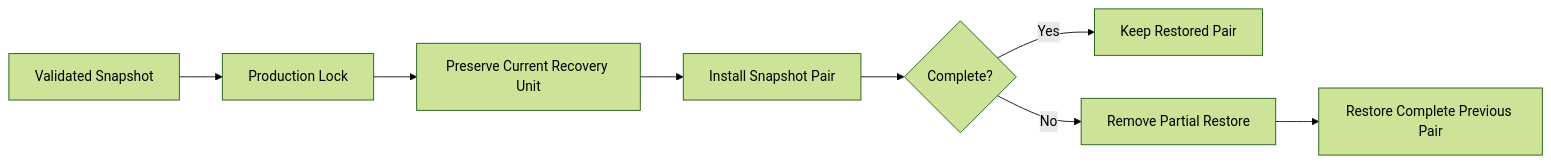
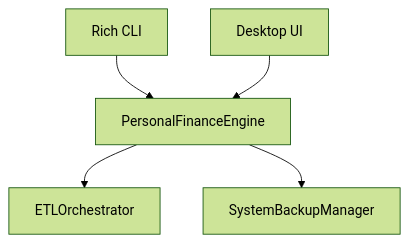
Diagram 13 of 20 in README.md (tks18/personal-finance-etl), drawn with Mermaid (forest theme) before and after one commit. The commit also changed other lines of this file, not shown here.

````diff
--- a/README.md
+++ b/README.md
@@ -987,10 +580,7 @@
 ```mermaid
-flowchart LR
-    ZIP["Validated Snapshot"] --> LOCK["Production Lock"]
-    LOCK --> OLD["Preserve Current Recovery Unit"]
-    OLD --> NEW["Install Snapshot Pair"]
-    NEW --> OK{"Complete?"}
-    OK -->|"Yes"| KEEP["Keep Restored Pair"]
-    OK -->|"No"| ROLL["Remove Partial Restore"]
-    ROLL --> BACK["Restore Complete Previous Pair"]
+flowchart TB
+    CLI["Rich CLI"] --> ENG["PersonalFinanceEngine"]
+    GUI["Desktop UI"] --> ENG
+    ENG --> PIPE["ETLOrchestrator"]
+    ENG --> BACK["SystemBackupManager"]
 ```
````
